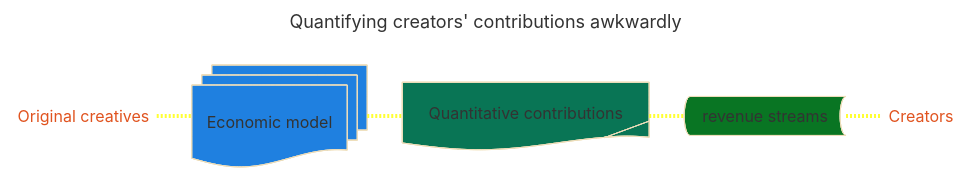
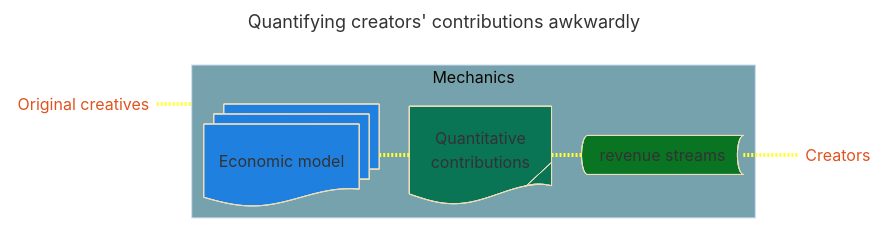
The diagram in Quantifying creators’ contributions awkwardly/readme.md (viadean/Provoke), drawn with Mermaid (base theme) before and after one commit.

````diff
--- a/Quantifying creators’ contributions awkwardly/readme.md
+++ b/Quantifying creators’ contributions awkwardly/readme.md
@@ -3,22 +3,33 @@
 ```mermaid
 ---
 title: Quantifying creators' contributions awkwardly
 ---
 %%{init: {"flowchart": {"defaultRenderer": "elk"}} }%%
 graph LR
 
 A@{shape: text, label: "Original creatives"}
-B@{shape: tag-doc, label: "Quantitative contributions"}
+B@{shape: tag-doc, label: "Quantitative<br>contributions"}
 C@{shape: docs, label: "Economic model"}
-A:::c4-...-C:::c3-...-B
+A:::c4
+
+subgraph Mechanics
+C:::c3-...-B:::c2-...-D:::c1
+end
+A-...-Mechanics:::c5
+D-...-E:::c4
+
 D@{shape: bow-rect, label: "revenue streams"}
 E@{shape: text, label: "Creators"}
-B:::c2-...-D:::c1-...-E:::c4
+
 
 classDef c1 fill:#097523
 classDef c2 fill:#097555
 classDef c3 fill:#1f80e0
 classDef c4 color:#e0531f
+classDef c5 fill:#76a2ad
 
 linkStyle 0,1,2,3 stroke:#ff3,stroke-width:4px,color:red;
+
+
+
 ```
````
